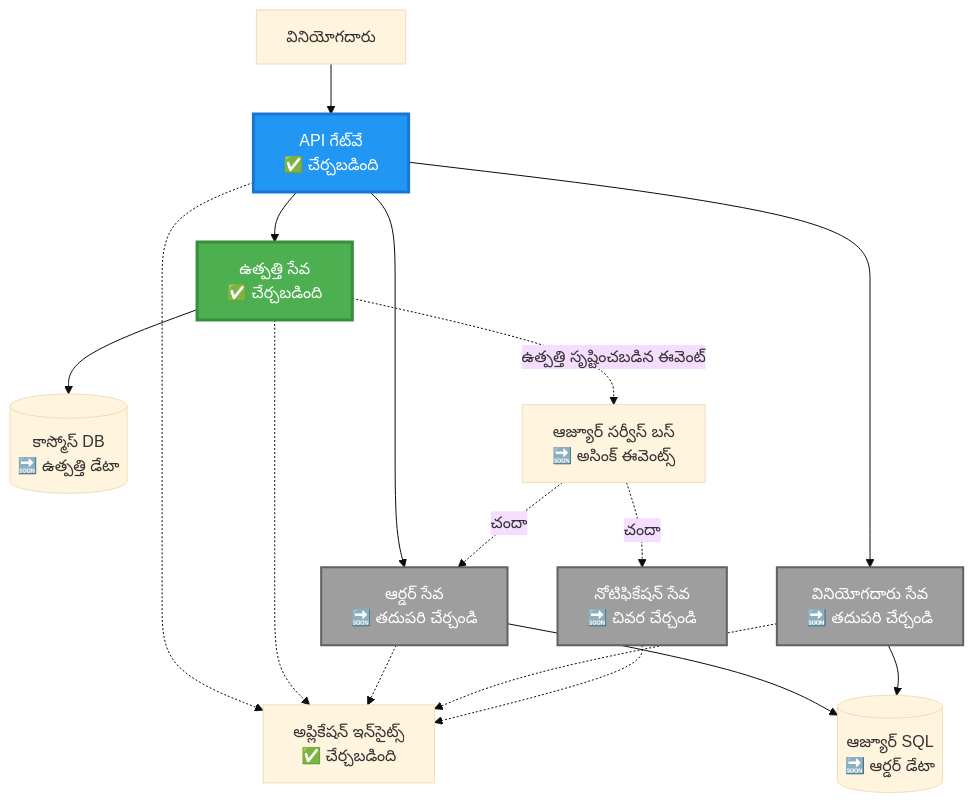
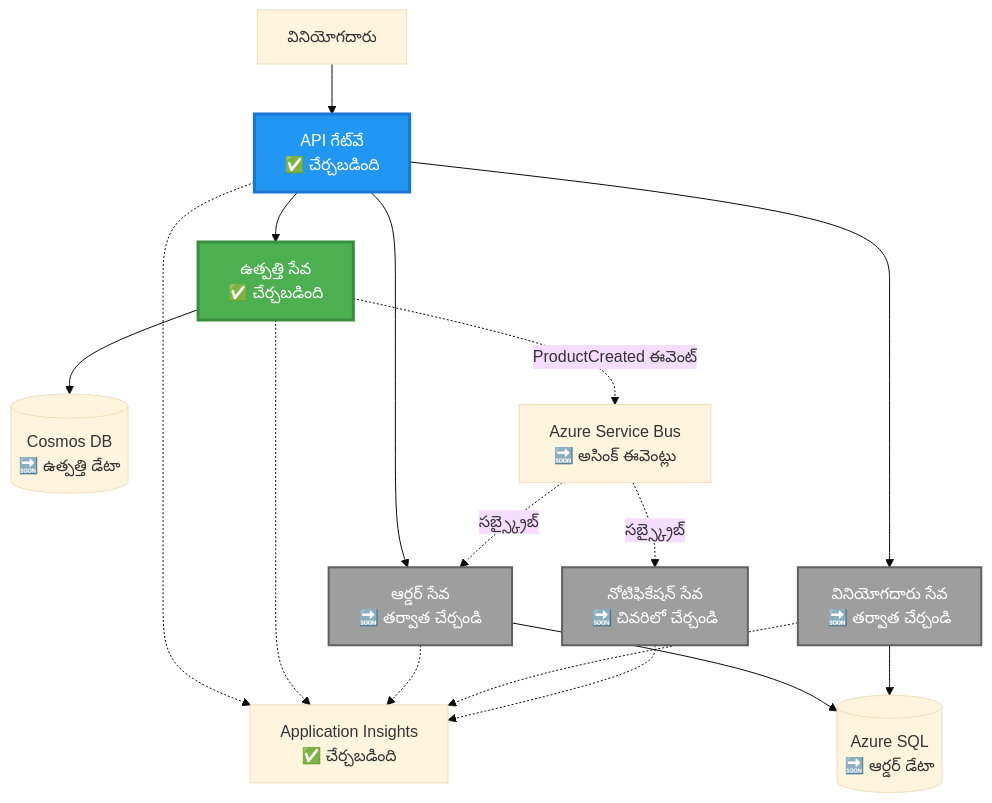
Before and after one commit to microsoft/AZD-for-beginners: the second of 4 diagrams in translations/te/examples/microservices/README.md, drawn with Mermaid (base theme). The commit also changed other lines of this file and 470 other files, not shown here.

````diff
--- a/translations/te/examples/microservices/README.md
+++ b/translations/te/examples/microservices/README.md
@@ -78,39 +69,39 @@
 ```mermaid
 graph TB
     User[వినియోగదారు]
     Gateway[API గేట్‌వే<br/>✅ చేర్చబడింది]
     Product[ఉత్పత్తి సేవ<br/>✅ చేర్చబడింది]
-    Order[ఆర్డర్ సేవ<br/>🔜 తదుపరి చేర్చండి]
-    UserSvc[వినియోగదారు సేవ<br/>🔜 తదుపరి చేర్చండి]
-    Notify[నోటిఫికేషన్ సేవ<br/>🔜 చివర చేర్చండి]
+    Order[ఆర్డర్ సేవ<br/>🔜 తర్వాత చేర్చండి]
+    UserSvc[వినియోగదారు సేవ<br/>🔜 తర్వాత చేర్చండి]
+    Notify[నోటిఫికేషన్ సేవ<br/>🔜 చివరిలో చేర్చండి]
     
-    CosmosDB[(కాస్మోస్ DB<br/>🔜 ఉత్పత్తి డేటా)]
-    AzureSQL[(ఆజ్యూర్ SQL<br/>🔜 ఆర్డర్ డేటా)]
-    ServiceBus[ఆజ్యూర్ సర్వీస్ బస్<br/>🔜 అసింక్ ఈవెంట్స్]
-    AppInsights[అప్లికేషన్ ఇన్‌సైట్స్<br/>✅ చేర్చబడింది]
+    CosmosDB[(Cosmos DB<br/>🔜 ఉత్పత్తి డేటా)]
+    AzureSQL[(Azure SQL<br/>🔜 ఆర్డర్ డేటా)]
+    ServiceBus[Azure Service Bus<br/>🔜 అసింక్ ఈవెంట్లు]
+    AppInsights[Application Insights<br/>✅ చేర్చబడింది]
     
     User --> Gateway
     Gateway --> Product
     Gateway --> Order
     Gateway --> UserSvc
     
     Product --> CosmosDB
     Order --> AzureSQL
     UserSvc --> AzureSQL
     
-    Product -.->|ఉత్పత్తి సృష్టించబడిన ఈవెంట్| ServiceBus
-    ServiceBus -.->|చందా| Notify
-    ServiceBus -.->|చందా| Order
+    Product -.->|ProductCreated ఈవెంట్| ServiceBus
+    ServiceBus -.->|సబ్స్క్రైబ్| Notify
+    ServiceBus -.->|సబ్స్క్రైబ్| Order
     
     Gateway -.-> AppInsights
     Product -.-> AppInsights
     Order -.-> AppInsights
     UserSvc -.-> AppInsights
     Notify -.-> AppInsights
     
     style Product fill:#4CAF50,stroke:#388E3C,stroke-width:3px,color:#fff
     style Gateway fill:#2196F3,stroke:#1976D2,stroke-width:3px,color:#fff
     style Order fill:#9E9E9E,stroke:#616161,stroke-width:2px,color:#fff
     style UserSvc fill:#9E9E9E,stroke:#616161,stroke-width:2px,color:#fff
     style Notify fill:#9E9E9E,stroke:#616161,stroke-width:2px,color:#fff
 ```
````
